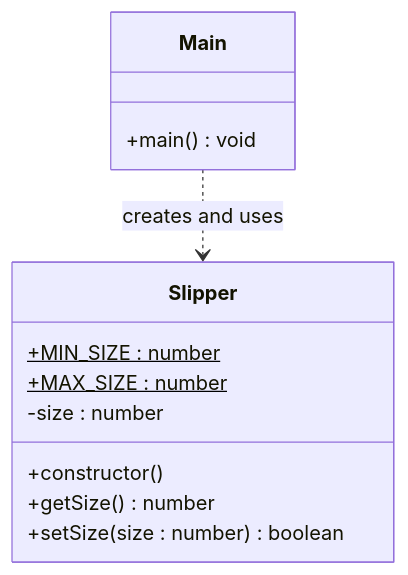
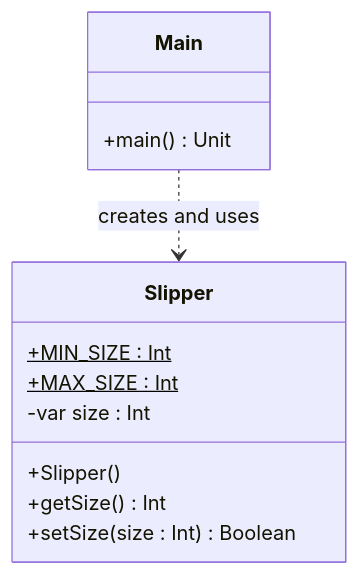
The diagram in labs/chinela/README.md (qxcodepoo/arcade), drawn with Mermaid before and after one commit. The commit also changed other lines of this file and 201 other files, not shown here.

````diff
--- a/labs/chinela/README.md
+++ b/labs/chinela/README.md
@@ -41,20 +41,20 @@
 ```mermaid
 %%{init: { "fontFamily": "monospace" } }%%
 classDiagram
     direction TB
 
     class Slipper {
-        +MIN_SIZE : number$
-        +MAX_SIZE : number$
-        -size : number
-        +constructor()
-        +getSize() number
-        +setSize(size : number) boolean
+        +MIN_SIZE : Int$
+        +MAX_SIZE : Int$
+        -var size : Int
+        +Slipper()
+        +getSize() Int
+        +setSize(size : Int) Boolean
     }
 
     class Main {
-        +main() void
+        +main() Unit
     }
 
     Main ..> Slipper : creates and uses
 ```
````
